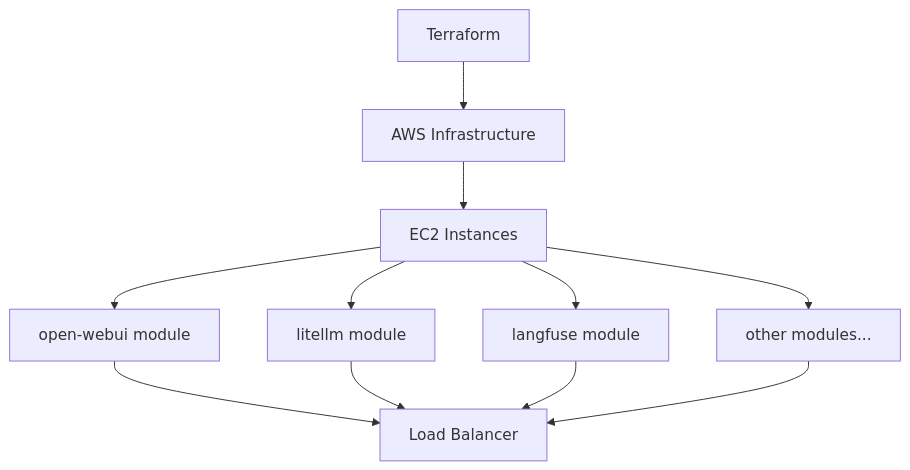
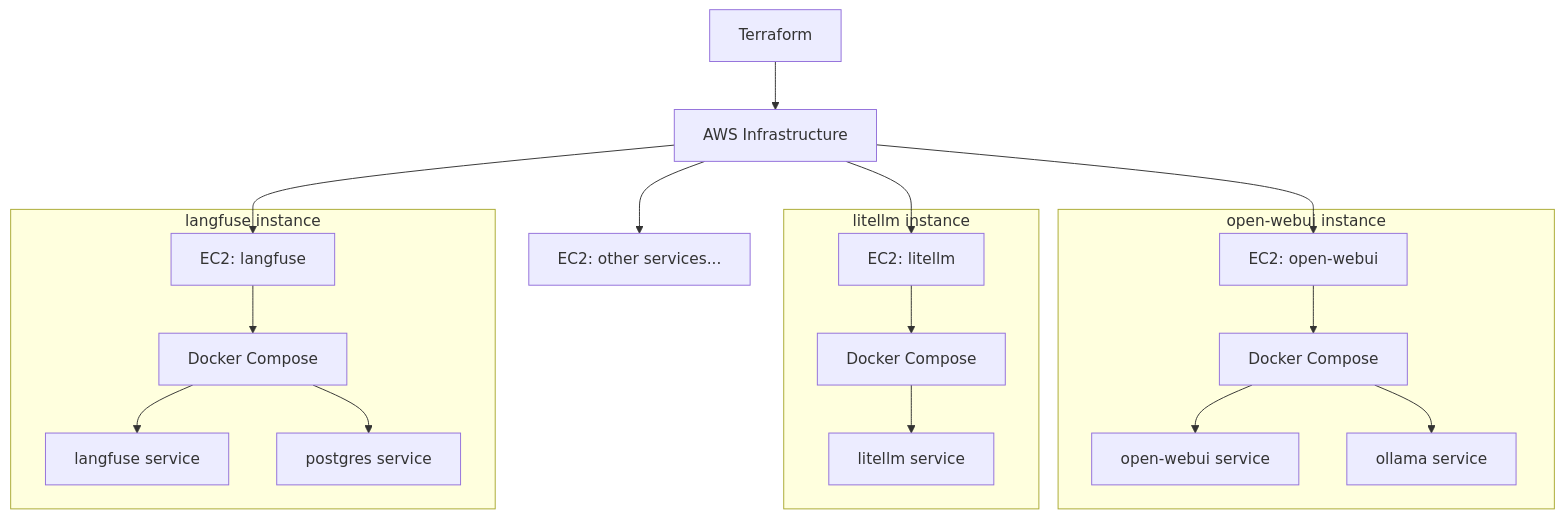
One commit to Sunwood-ai-labs/AMATERASU changed the diagram in README.md. Above: the diagram before and after it, drawn with Mermaid. The commit also changed other lines of this file, not shown here.

````diff
--- a/README.md
+++ b/README.md
@@ -40,13 +40,25 @@
 ```mermaid
 graph TB
     A[Terraform] --> B[AWS Infrastructure]
-    B --> C[EC2 Instances]
-    C --> D[open-webui module]
-    C --> E[litellm module]
-    C --> F[langfuse module]
-    C --> G[other modules...]
-    D --> H[Load Balancer]
-    E --> H
-    F --> H
-    G --> H
+    B --> C1[EC2: open-webui]
+    B --> C2[EC2: litellm]
+    B --> C3[EC2: langfuse]
+    B --> C4[EC2: other services...]
+    
+    subgraph "open-webui instance"
+    C1 --> D1[Docker Compose]
+    D1 --> E1[open-webui service]
+    D1 --> E2[ollama service]
+    end
+    
+    subgraph "litellm instance"
+    C2 --> D2[Docker Compose]
+    D2 --> F1[litellm service]
+    end
+    
+    subgraph "langfuse instance"
+    C3 --> D3[Docker Compose]
+    D3 --> G1[langfuse service]
+    D3 --> G2[postgres service]
+    end
 ```
````
